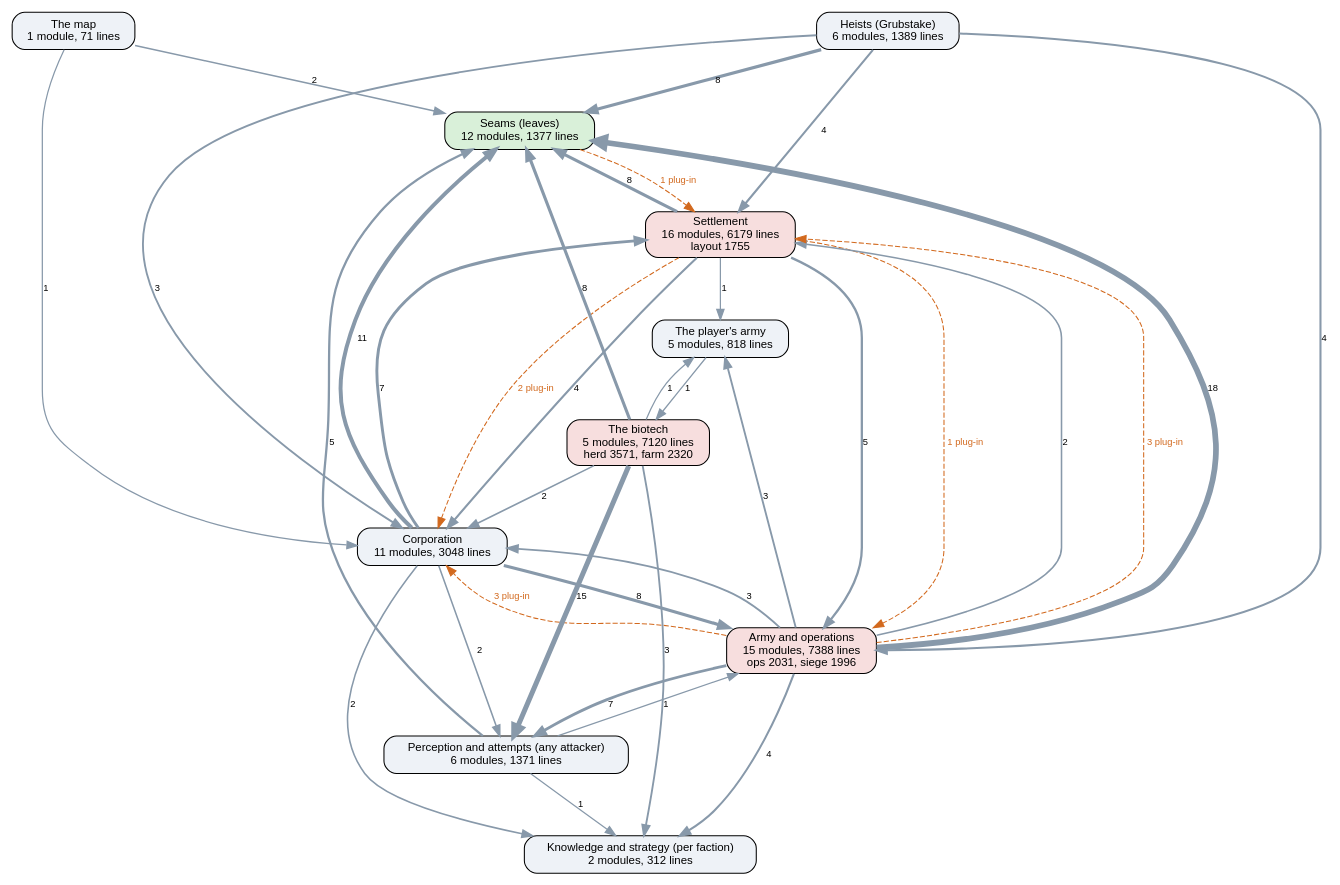
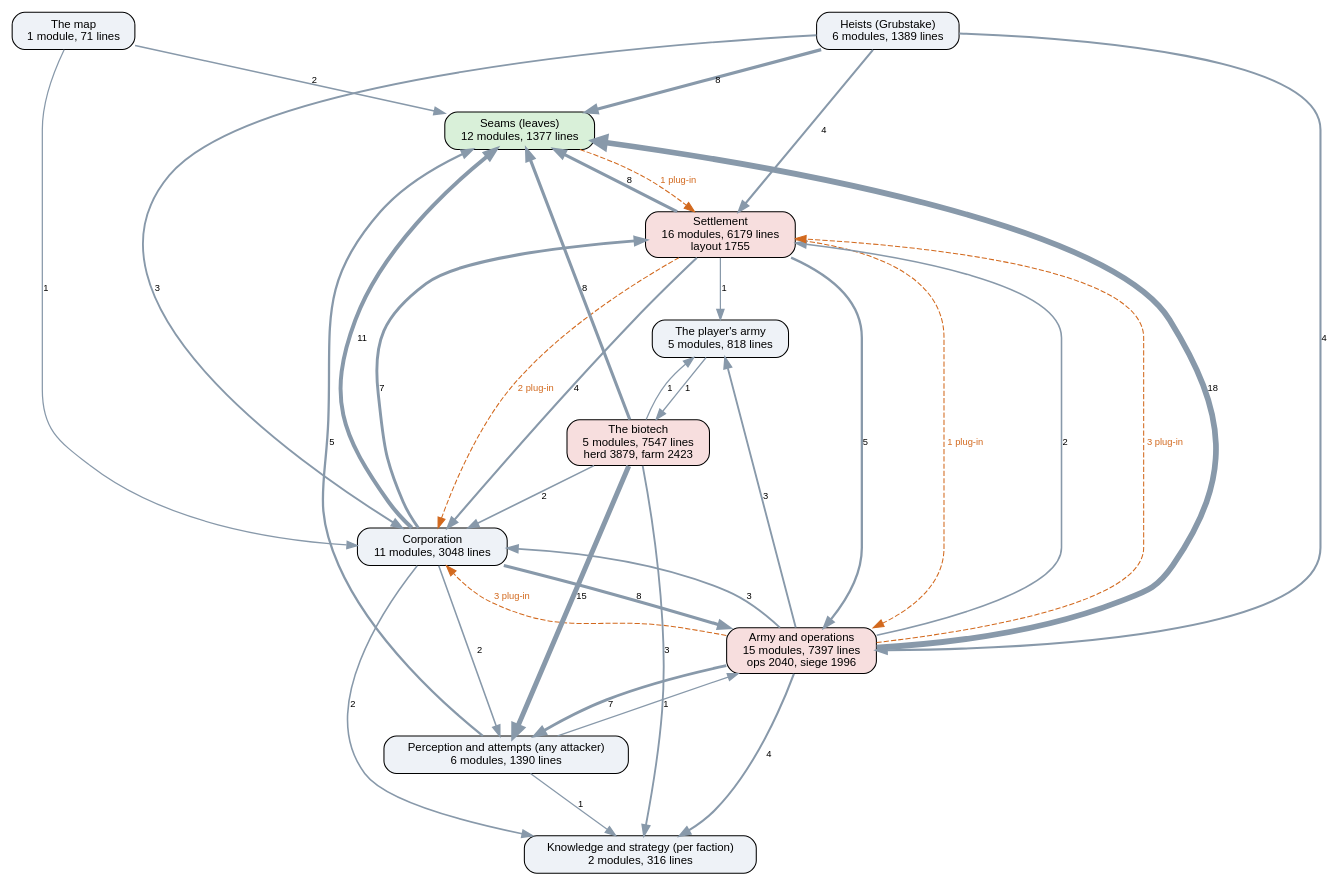
The diagram in docs/ai-layers.dot (kinelhu/landing-party), drawn with Graphviz before and after one commit. The commit also changed 18 other files, not shown here.

```diff
--- a/docs/ai-layers.dot
+++ b/docs/ai-layers.dot
@@ -1,50 +1,50 @@
 digraph layers {
   graph [rankdir=TB, fontname="Helvetica", nodesep=0.5, ranksep=0.7];
   node [shape=box, style="rounded,filled", fontname="Helvetica", fontsize=11, fillcolor="#eef2f7"];
   edge [color="#8899aa", fontname="Helvetica", fontsize=9];
   "Seams (leaves)" [label="Seams (leaves)\n12 modules, 1377 lines", fillcolor="#d9f0d9"];
-  "Perception and attempts (any attacker)" [label="Perception and attempts (any attacker)\n6 modules, 1371 lines", fillcolor="#eef2f7"];
-  "Knowledge and strategy (per faction)" [label="Knowledge and strategy (per faction)\n2 modules, 312 lines", fillcolor="#eef2f7"];
+  "Perception and attempts (any attacker)" [label="Perception and attempts (any attacker)\n6 modules, 1390 lines", fillcolor="#eef2f7"];
+  "Knowledge and strategy (per faction)" [label="Knowledge and strategy (per faction)\n2 modules, 316 lines", fillcolor="#eef2f7"];
   "Corporation" [label="Corporation\n11 modules, 3048 lines", fillcolor="#eef2f7"];
   "Settlement" [label="Settlement\n16 modules, 6179 lines\nlayout 1755", fillcolor="#f7dede"];
-  "Army and operations" [label="Army and operations\n15 modules, 7388 lines\nops 2031, siege 1996", fillcolor="#f7dede"];
+  "Army and operations" [label="Army and operations\n15 modules, 7397 lines\nops 2040, siege 1996", fillcolor="#f7dede"];
   "Heists (Grubstake)" [label="Heists (Grubstake)\n6 modules, 1389 lines", fillcolor="#eef2f7"];
-  "The biotech" [label="The biotech\n5 modules, 7120 lines\nherd 3571, farm 2320", fillcolor="#f7dede"];
+  "The biotech" [label="The biotech\n5 modules, 7547 lines\nherd 3879, farm 2423", fillcolor="#f7dede"];
   "The map" [label="The map\n1 module, 71 lines", fillcolor="#eef2f7"];
   "The player's army" [label="The player's army\n5 modules, 818 lines", fillcolor="#eef2f7"];
   "Army and operations" -> "Corporation" [label="3", penwidth=1.8];
   "Army and operations" -> "Knowledge and strategy (per faction)" [label="4", penwidth=2.0];
   "Army and operations" -> "Perception and attempts (any attacker)" [label="7", penwidth=2.8];
   "Army and operations" -> "Seams (leaves)" [label="18", penwidth=5.5];
   "Army and operations" -> "Settlement" [label="2", penwidth=1.5];
   "Army and operations" -> "The player's army" [label="3", penwidth=1.8];
   "Corporation" -> "Army and operations" [label="8", penwidth=3.0];
   "Corporation" -> "Knowledge and strategy (per faction)" [label="2", penwidth=1.5];
   "Corporation" -> "Perception and attempts (any attacker)" [label="2", penwidth=1.5];
   "Corporation" -> "Seams (leaves)" [label="11", penwidth=3.8];
   "Corporation" -> "Settlement" [label="7", penwidth=2.8];
   "Heists (Grubstake)" -> "Army and operations" [label="4", penwidth=2.0];
   "Heists (Grubstake)" -> "Corporation" [label="3", penwidth=1.8];
   "Heists (Grubstake)" -> "Seams (leaves)" [label="8", penwidth=3.0];
   "Heists (Grubstake)" -> "Settlement" [label="4", penwidth=2.0];
   "Perception and attempts (any attacker)" -> "Army and operations" [label="1", penwidth=1.2];
   "Perception and attempts (any attacker)" -> "Knowledge and strategy (per faction)" [label="1", penwidth=1.2];
   "Perception and attempts (any attacker)" -> "Seams (leaves)" [label="5", penwidth=2.2];
   "Settlement" -> "Army and operations" [label="5", penwidth=2.2];
   "Settlement" -> "Corporation" [label="4", penwidth=2.0];
   "Settlement" -> "Seams (leaves)" [label="8", penwidth=3.0];
   "Settlement" -> "The player's army" [label="1", penwidth=1.2];
   "The biotech" -> "Corporation" [label="2", penwidth=1.5];
   "The biotech" -> "Knowledge and strategy (per faction)" [label="3", penwidth=1.8];
   "The biotech" -> "Perception and attempts (any attacker)" [label="15", penwidth=4.8];
   "The biotech" -> "Seams (leaves)" [label="8", penwidth=3.0];
   "The biotech" -> "The player's army" [label="1", penwidth=1.2];
   "The map" -> "Corporation" [label="1", penwidth=1.2];
   "The map" -> "Seams (leaves)" [label="2", penwidth=1.5];
   "The player's army" -> "The biotech" [label="1", penwidth=1.2];
   "Army and operations" -> "Corporation" [style=dashed, color="#d2691e", fontcolor="#d2691e", label="3 plug-in"];
   "Army and operations" -> "Settlement" [style=dashed, color="#d2691e", fontcolor="#d2691e", label="3 plug-in"];
   "Seams (leaves)" -> "Settlement" [style=dashed, color="#d2691e", fontcolor="#d2691e", label="1 plug-in"];
   "Settlement" -> "Army and operations" [style=dashed, color="#d2691e", fontcolor="#d2691e", label="1 plug-in"];
   "Settlement" -> "Corporation" [style=dashed, color="#d2691e", fontcolor="#d2691e", label="2 plug-in"];
 }
```
